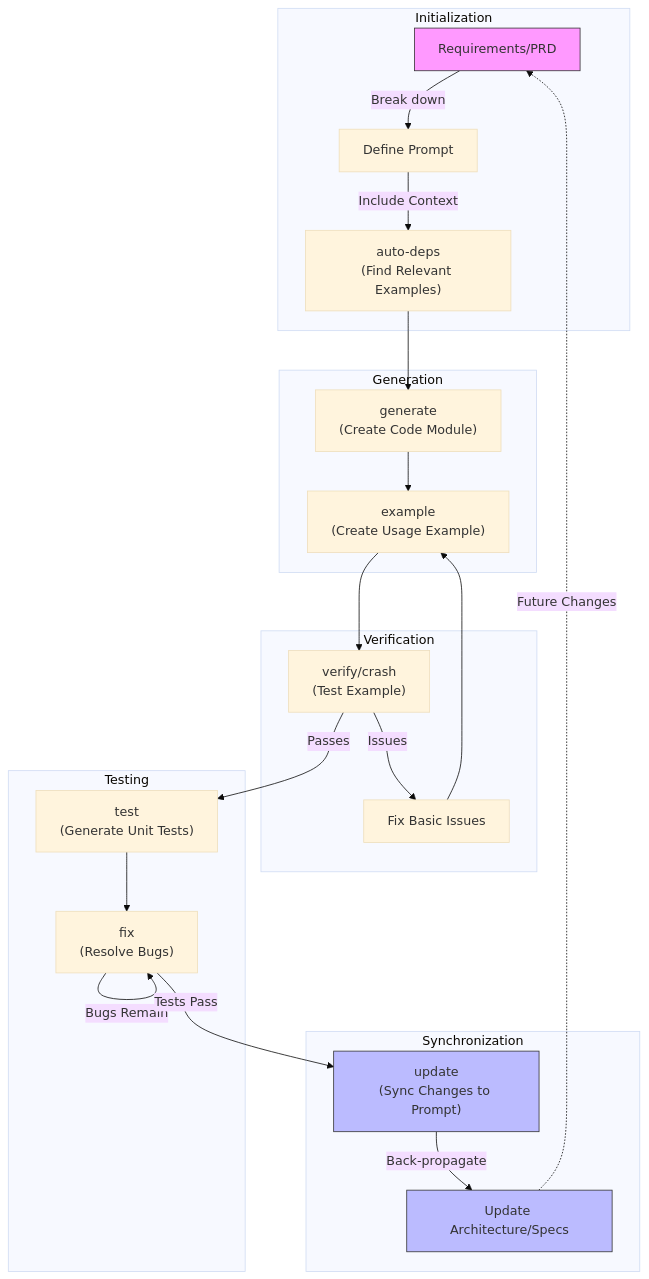
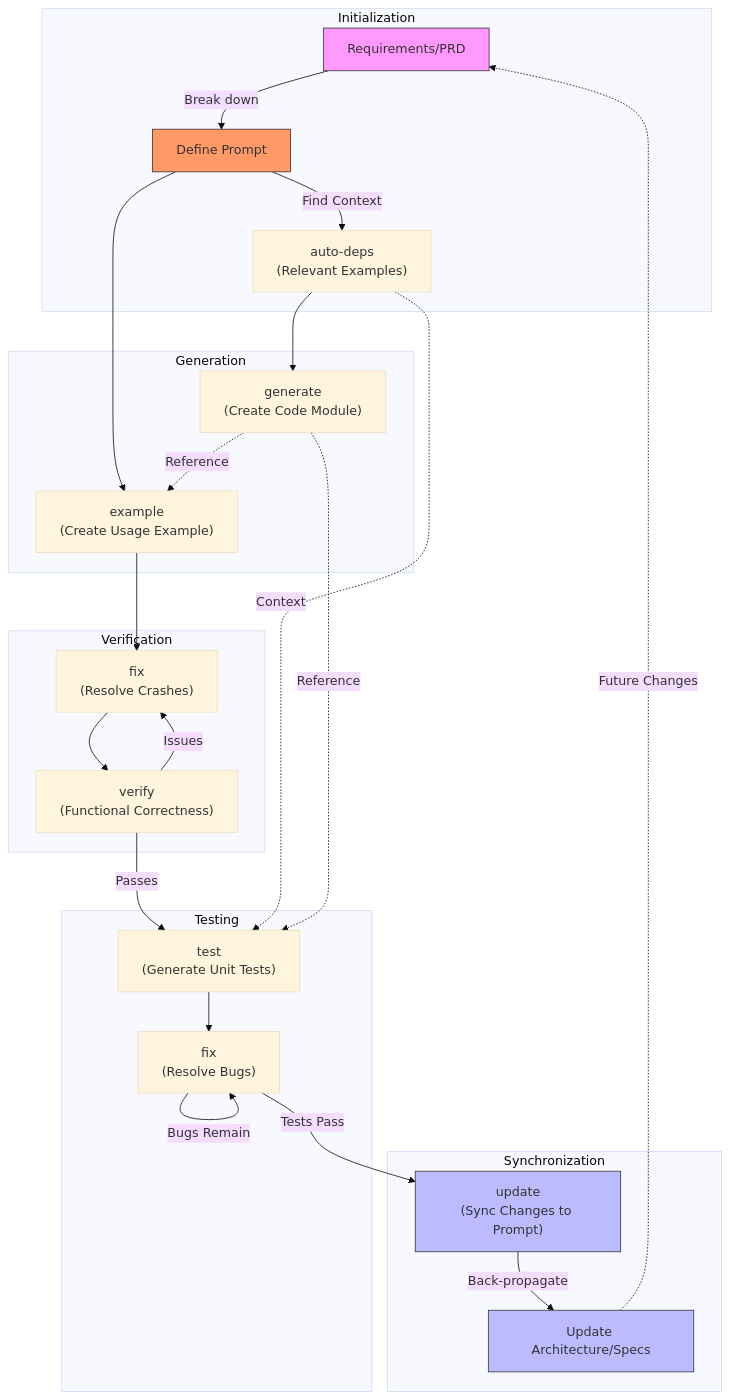
Before and after one commit to promptdriven/pdd: the second of 2 diagrams in whitepaper.md, drawn with Mermaid (base theme).

Commit message:
refactor: update workflow diagram in whitepaper for clarity and accuracy
- Revised the mermaid flowchart to enhance the representation of the Prompt-Driven Development (PDD) process, improving the flow of initialization, generation, verification, and testing stages.
- Adjusted labels for better context and understanding, including changes to the connections between steps and the addition of visual styles for improved readability.

````diff
--- a/whitepaper.md
+++ b/whitepaper.md
@@ -97,34 +97,38 @@
 ```mermaid
 flowchart TD
     subgraph Initialization
         A[Requirements/PRD] -->|Break down| B[Define Prompt]
-        B -->|Include Context| C["auto-deps\n(Find Relevant Examples)"]
+        B -->|Find Context| C["auto-deps\n(Relevant Examples)"]
     end
     
     subgraph Generation
         C --> D["generate\n(Create Code Module)"]
-        D --> E["example\n(Create Usage Example)"]
+        B --> E["example\n(Create Usage Example)"]
+        D -.->|Reference| E
     end
     
     subgraph Verification
-        E --> F["verify/crash\n(Test Example)"]
-        F -->|Issues| G["Fix Basic Issues"]
-        G --> E
+        E --> F["fix\n(Resolve Crashes)"]
+        F --> G["verify\n(Functional Correctness)"]
+        G -->|Issues| F
     end
     
     subgraph Testing
-        F -->|Passes| H["test\n(Generate Unit Tests)"]
+        G -->|Passes| H["test\n(Generate Unit Tests)"]
+        C -.->|Context| H
+        D -.->|Reference| H
         H --> I["fix\n(Resolve Bugs)"]
         I -->|Bugs Remain| I
     end
     
     subgraph Synchronization
         I -->|Tests Pass| J["update\n(Sync Changes to Prompt)"]
         J -->|Back-propagate| K["Update Architecture/Specs"]
         K -.->|Future Changes| A
     end
     
     style A fill:#f9f,stroke:#333
+    style B fill:#f96,stroke:#333
     style J fill:#bbf,stroke:#333
     style K fill:#bbf,stroke:#333
 ```
````
